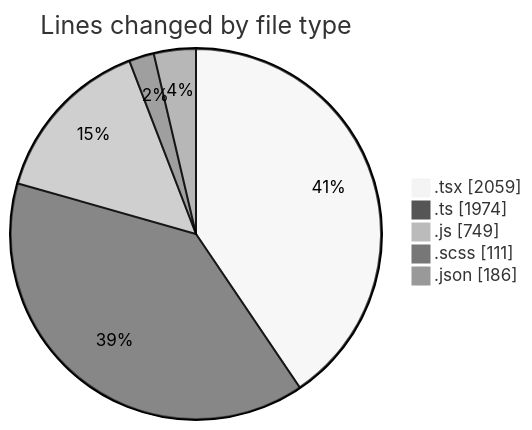
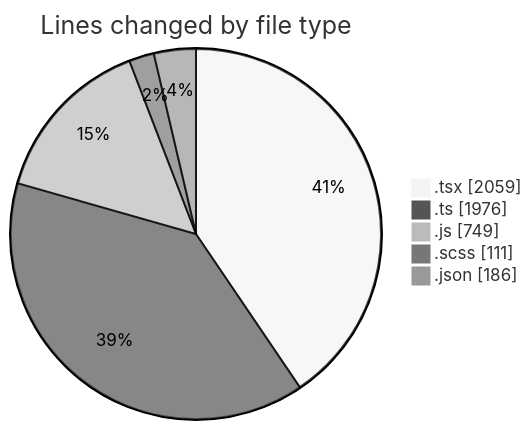
The first of 2 diagrams in 2026-06-11/cda/README.md (momahboobian/code-tracking), drawn with Mermaid (neutral theme) before and after one commit. The commit also changed other lines of this file and 1 other file, not shown here.

````diff
--- a/2026-06-11/cda/README.md
+++ b/2026-06-11/cda/README.md
@@ -53,9 +53,9 @@
 ```mermaid
 pie showData
 title Lines changed by file type
 ".tsx" : 2059
-".ts" : 1974
+".ts" : 1976
 ".js" : 749
 ".scss" : 111
 ".json" : 186
 ```
````
